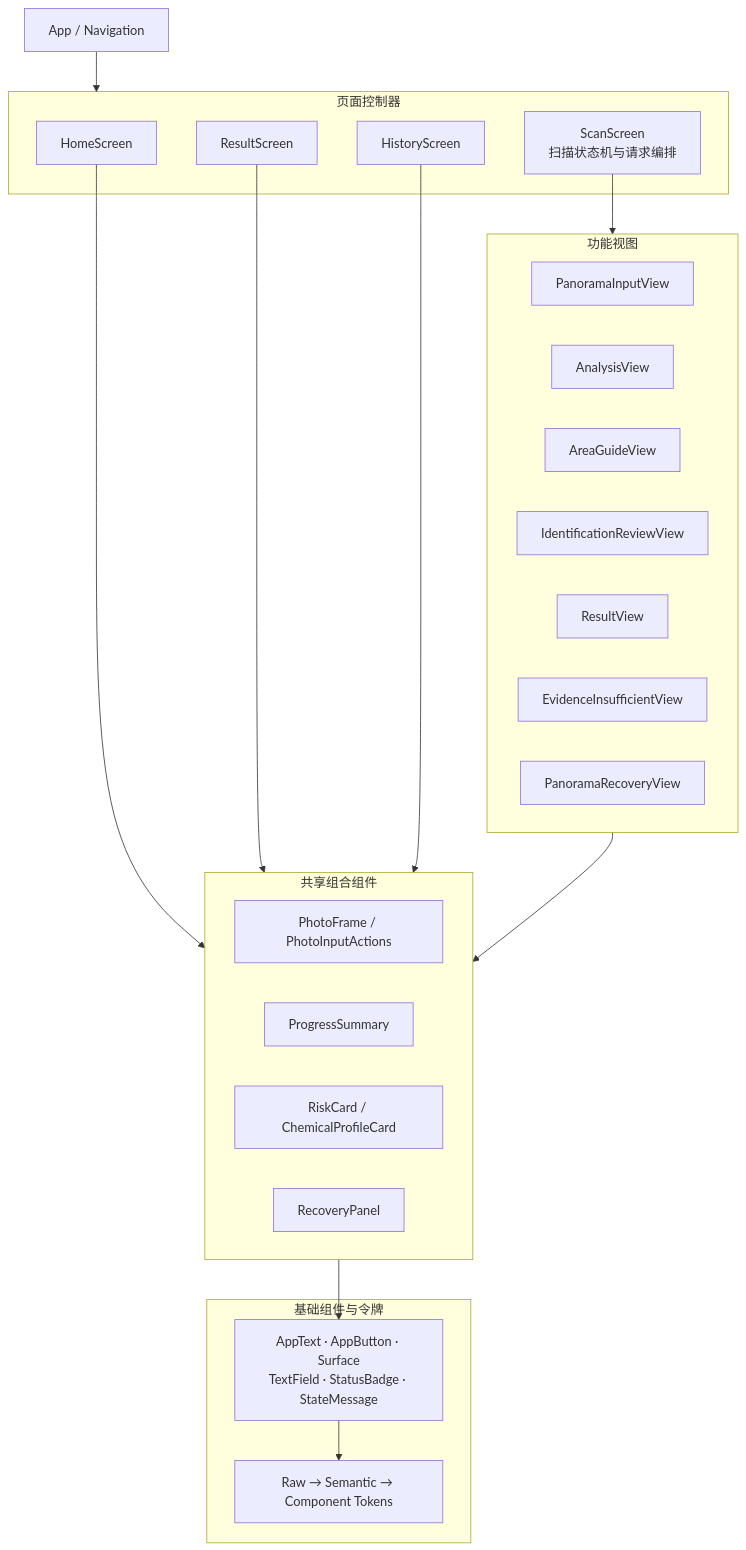
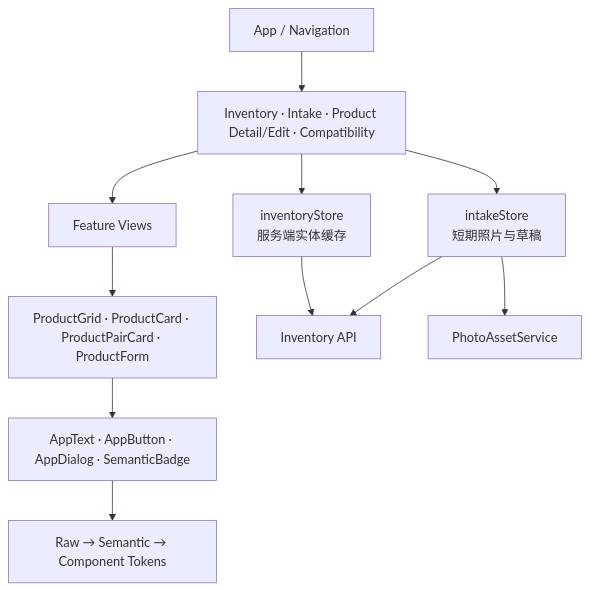
The fourth of 5 diagrams in docs/architecture/README.md (gsj1225/household-chemical-safety), drawn with Mermaid before and after one commit. The commit also changed other lines of this file and 86 other files, not shown here.

````diff
--- a/docs/architecture/README.md
+++ b/docs/architecture/README.md
@@ -136,42 +98,18 @@
 ```mermaid
 flowchart TB
-    App["App / Navigation"]
+    NAV["App / Navigation"]
+    SCREENS["Inventory · Intake · Product Detail/Edit · Compatibility"]
+    VIEWS["Feature Views"]
+    COMPOSITES["ProductGrid · ProductCard · ProductPairCard · ProductForm"]
+    PRIMITIVES["AppText · AppButton · AppDialog · SemanticBadge"]
+    TOKENS["Raw → Semantic → Component Tokens"]
+    INV["inventoryStore\n服务端实体缓存"]
+    DRAFT["intakeStore\n短期照片与草稿"]
+    API["Inventory API"]
+    PHOTO["PhotoAssetService"]
 
-    subgraph Screens["页面控制器"]
-        Home["HomeScreen"]
-        Scan["ScanScreen<br/>扫描状态机与请求编排"]
-        Result["ResultScreen"]
-        History["HistoryScreen"]
-    end
-
-    subgraph Views["功能视图"]
-        Panorama["PanoramaInputView"]
-        Analysis["AnalysisView"]
-        Area["AreaGuideView"]
-        Review["IdentificationReviewView"]
-        Single["ResultView"]
-        Empty["EvidenceInsufficientView"]
-        Recovery["PanoramaRecoveryView"]
-    end
-
-    subgraph Components["共享组合组件"]
-        Photo["PhotoFrame / PhotoInputActions"]
-        Progress["ProgressSummary"]
-        Risk["RiskCard / ChemicalProfileCard"]
-        RecoverPanel["RecoveryPanel"]
-    end
-
-    subgraph Primitives["基础组件与令牌"]
-        Primitive["AppText · AppButton · Surface<br/>TextField · StatusBadge · StateMessage"]
-        Tokens["Raw → Semantic → Component Tokens"]
-    end
-
-    App --> Screens
-    Home --> Components
-    Scan --> Views
-    Result --> Components
-    History --> Components
-    Views --> Components
-    Components --> Primitive
-    Primitive --> Tokens
+    NAV --> SCREENS --> VIEWS --> COMPOSITES --> PRIMITIVES --> TOKENS
+    SCREENS --> INV --> API
+    SCREENS --> DRAFT --> API
+    DRAFT --> PHOTO
 ```
````
